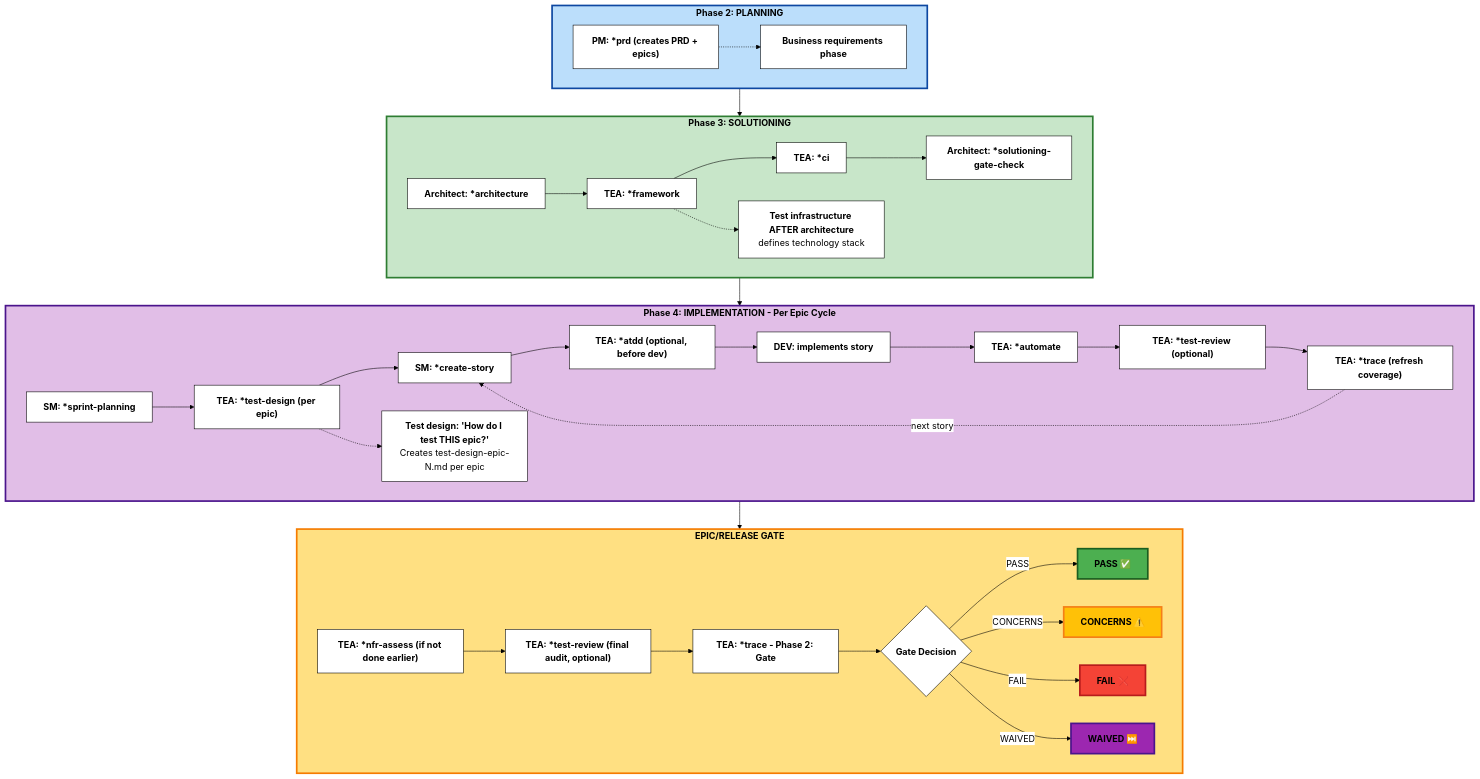
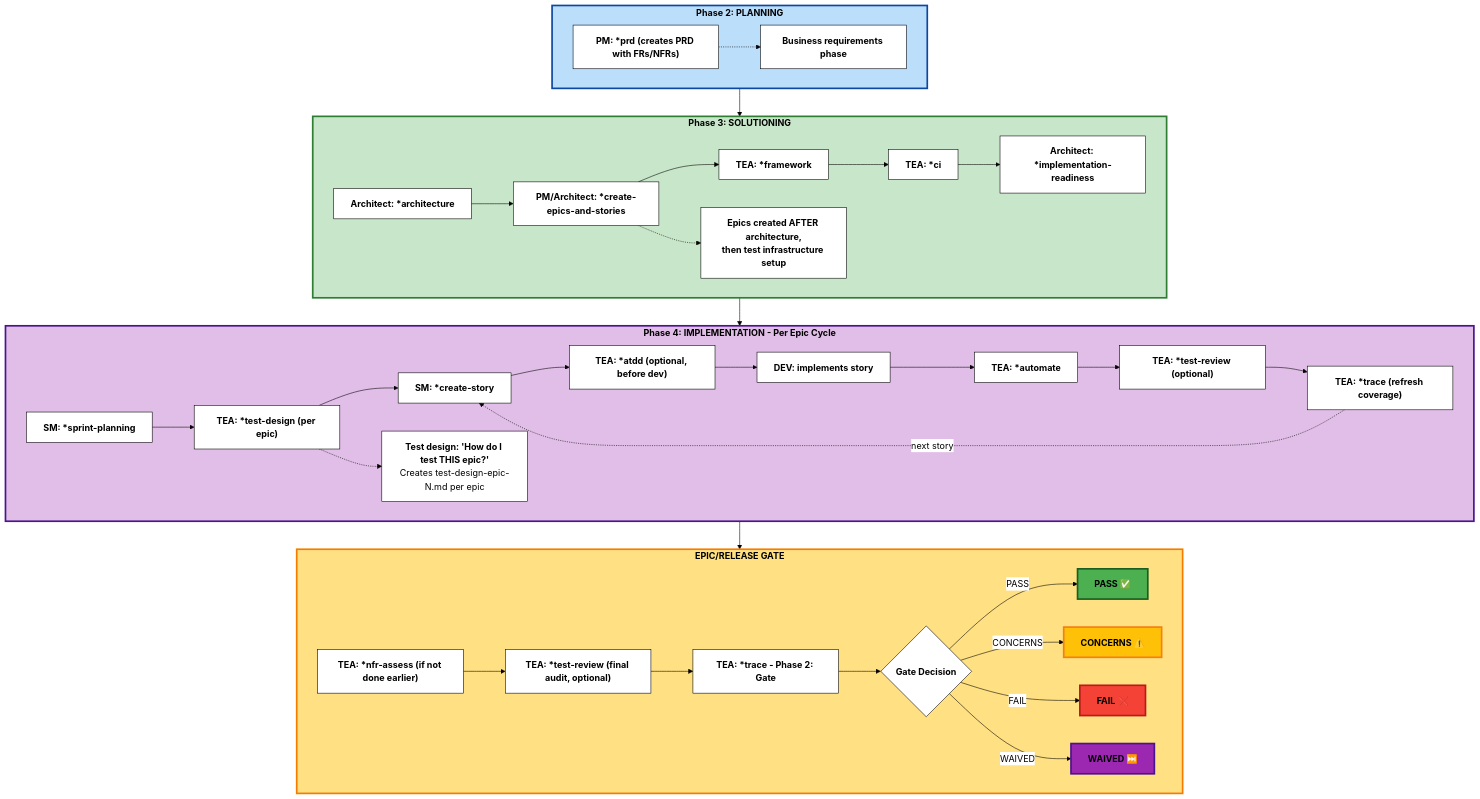
Before and after one commit to vivek-dataskate/CBLAeroDelivery: the diagram in src/modules/bmm/docs/test-architecture.md, drawn with Mermaid. The commit also changed other lines of this file and 64 other files, not shown here.

````diff
--- a/src/modules/bmm/docs/test-architecture.md
+++ b/src/modules/bmm/docs/test-architecture.md
@@ -17,71 +17,73 @@
 ```mermaid
 %%{init: {'theme':'base', 'themeVariables': { 'primaryColor':'#fff','primaryTextColor':'#000','primaryBorderColor':'#000','lineColor':'#000','secondaryColor':'#fff','tertiaryColor':'#fff','fontSize':'16px','fontFamily':'arial'}}}%%
 graph TB
     subgraph Phase2["<b>Phase 2: PLANNING</b>"]
-        PM["<b>PM: *prd (creates PRD + epics)</b>"]
+        PM["<b>PM: *prd (creates PRD with FRs/NFRs)</b>"]
         PlanNote["<b>Business requirements phase</b>"]
         PM -.-> PlanNote
     end
 
     subgraph Phase3["<b>Phase 3: SOLUTIONING</b>"]
         Architecture["<b>Architect: *architecture</b>"]
+        EpicsStories["<b>PM/Architect: *create-epics-and-stories</b>"]
         Framework["<b>TEA: *framework</b>"]
         CI["<b>TEA: *ci</b>"]
-        GateCheck["<b>Architect: *solutioning-gate-check</b>"]
-        Architecture --> Framework
+        GateCheck["<b>Architect: *implementation-readiness</b>"]
+        Architecture --> EpicsStories
+        EpicsStories --> Framework
         Framework --> CI
         CI --> GateCheck
-        Phase3Note["<b>Test infrastructure AFTER architecture</b><br/>defines technology stack"]
-        Framework -.-> Phase3Note
+        Phase3Note["<b>Epics created AFTER architecture,</b><br/><b>then test infrastructure setup</b>"]
+        EpicsStories -.-> Phase3Note
     end
 
     subgraph Phase4["<b>Phase 4: IMPLEMENTATION - Per Epic Cycle</b>"]
         SprintPlan["<b>SM: *sprint-planning</b>"]
         TestDesign["<b>TEA: *test-design (per epic)</b>"]
         CreateStory["<b>SM: *create-story</b>"]
         ATDD["<b>TEA: *atdd (optional, before dev)</b>"]
         DevImpl["<b>DEV: implements story</b>"]
         Automate["<b>TEA: *automate</b>"]
         TestReview1["<b>TEA: *test-review (optional)</b>"]
         Trace1["<b>TEA: *trace (refresh coverage)</b>"]
 
         SprintPlan --> TestDesign
         TestDesign --> CreateStory
         CreateStory --> ATDD
         ATDD --> DevImpl
         DevImpl --> Automate
         Automate --> TestReview1
         TestReview1 --> Trace1
         Trace1 -.->|next story| CreateStory
         TestDesignNote["<b>Test design: 'How do I test THIS epic?'</b><br/>Creates test-design-epic-N.md per epic"]
         TestDesign -.-> TestDesignNote
     end
 
     subgraph Gate["<b>EPIC/RELEASE GATE</b>"]
         NFR["<b>TEA: *nfr-assess (if not done earlier)</b>"]
         TestReview2["<b>TEA: *test-review (final audit, optional)</b>"]
         TraceGate["<b>TEA: *trace - Phase 2: Gate</b>"]
         GateDecision{"<b>Gate Decision</b>"}
 
         NFR --> TestReview2
         TestReview2 --> TraceGate
         TraceGate --> GateDecision
         GateDecision -->|PASS| Pass["<b>PASS ✅</b>"]
         GateDecision -->|CONCERNS| Concerns["<b>CONCERNS ⚠️</b>"]
         GateDecision -->|FAIL| Fail["<b>FAIL ❌</b>"]
         GateDecision -->|WAIVED| Waived["<b>WAIVED ⏭️</b>"]
     end
 
     Phase2 --> Phase3
     Phase3 --> Phase4
     Phase4 --> Gate
 
     style Phase2 fill:#bbdefb,stroke:#0d47a1,stroke-width:3px,color:#000
     style Phase3 fill:#c8e6c9,stroke:#2e7d32,stroke-width:3px,color:#000
     style Phase4 fill:#e1bee7,stroke:#4a148c,stroke-width:3px,color:#000
     style Gate fill:#ffe082,stroke:#f57c00,stroke-width:3px,color:#000
     style Pass fill:#4caf50,stroke:#1b5e20,stroke-width:3px,color:#000
     style Concerns fill:#ffc107,stroke:#f57f17,stroke-width:3px,color:#000
     style Fail fill:#f44336,stroke:#b71c1c,stroke-width:3px,color:#000
     style Waived fill:#9c27b0,stroke:#4a148c,stroke-width:3px,color:#000
 ```
````
